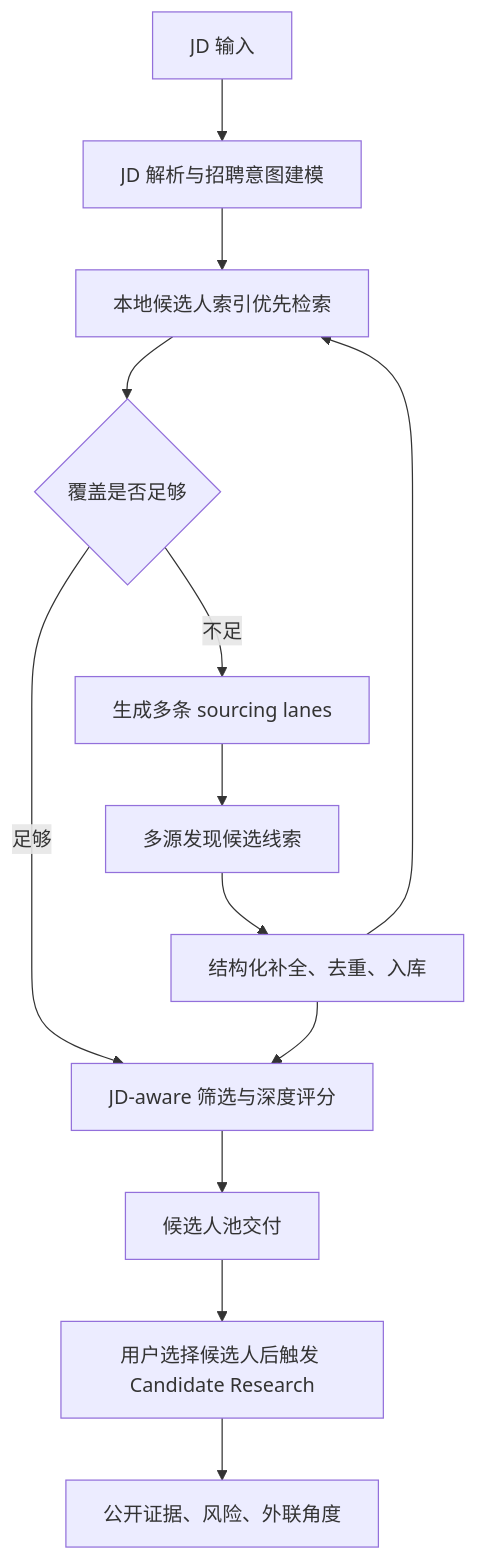
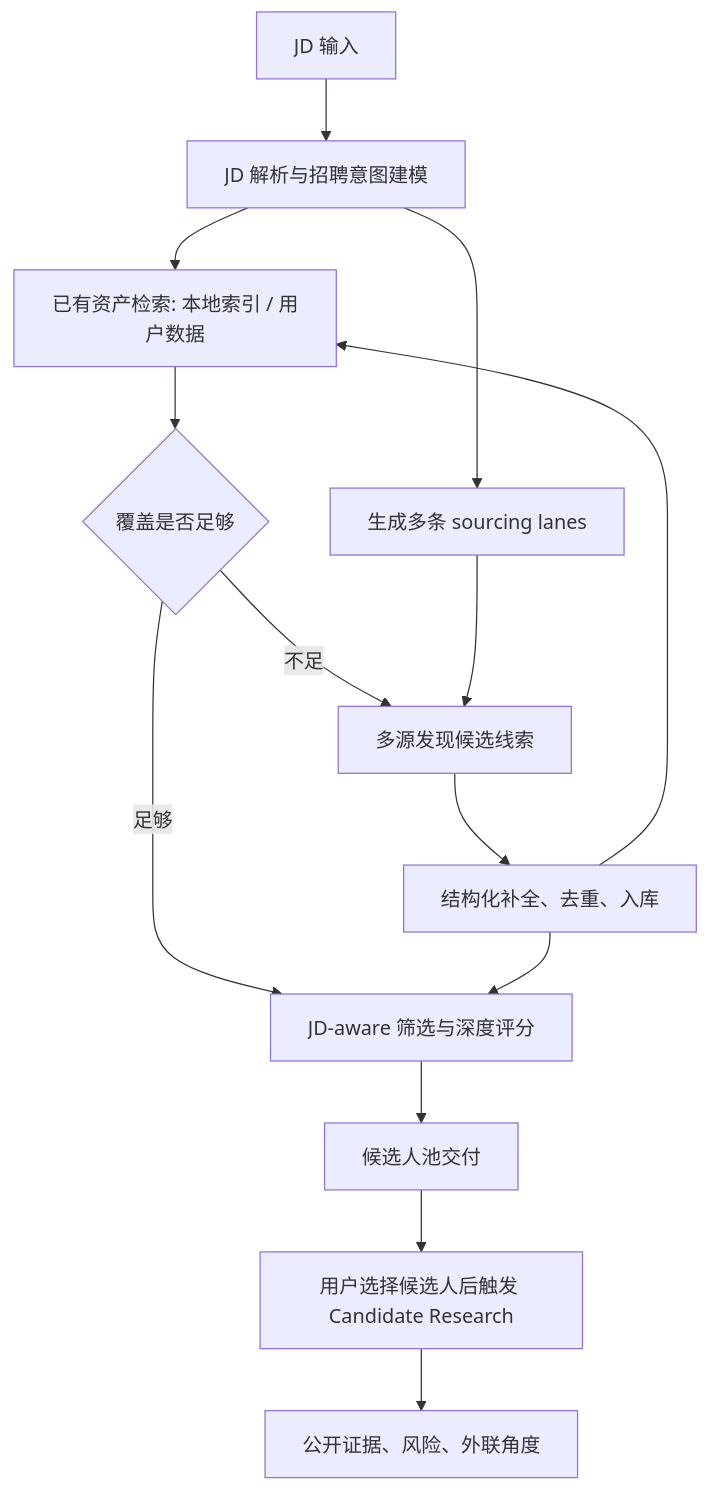
One commit to JiangZhihao123/hirelix changed the first of 3 diagrams in docs/architecture/data-pipeline-optimization.md. Above: the diagram before and after it, drawn with Mermaid. The commit also changed other lines of this file, not shown here.

````diff
--- a/docs/architecture/data-pipeline-optimization.md
+++ b/docs/architecture/data-pipeline-optimization.md
@@ -87,15 +111,16 @@
 ```mermaid
 flowchart TD
   A["JD 输入"] --> B["JD 解析与招聘意图建模"]
-  B --> C["本地候选人索引优先检索"]
+  B --> C["已有资产检索: 本地索引 / 用户数据"]
+  B --> E["生成多条 sourcing lanes"]
   C --> D{"覆盖是否足够"}
   D -- "足够" --> H["JD-aware 筛选与深度评分"]
-  D -- "不足" --> E["生成多条 sourcing lanes"]
-  E --> F["多源发现候选线索"]
+  D -- "不足" --> F["多源发现候选线索"]
+  E --> F
   F --> G["结构化补全、去重、入库"]
   G --> H
   H --> I["候选人池交付"]
   I --> J["用户选择候选人后触发 Candidate Research"]
   J --> K["公开证据、风险、外联角度"]
   G --> C
 ```
````
